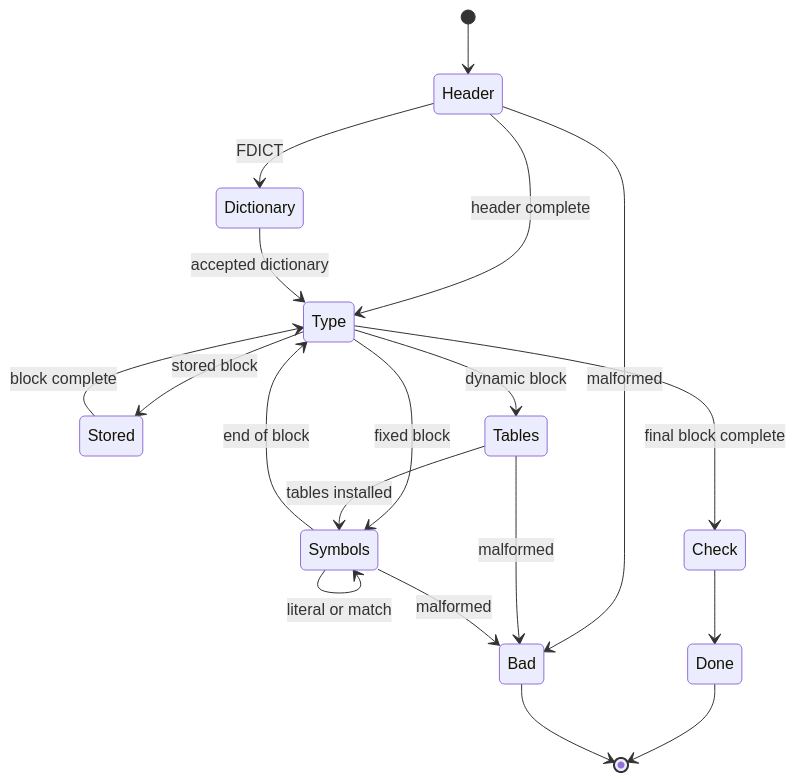
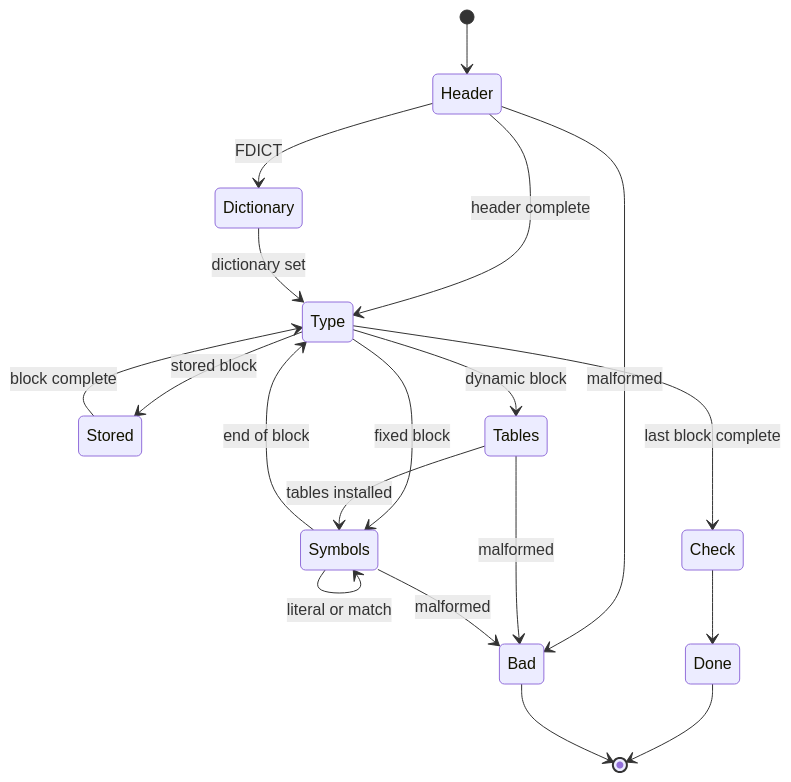
One commit to cla7aye15I4nd/oss-proof changed the first of 2 diagrams in docs/proof/inflate.md. Above: the diagram before and after it, drawn with Mermaid. The commit also changed other lines of this file and 7 other files, not shown here.

````diff
--- a/docs/proof/inflate.md
+++ b/docs/proof/inflate.md
@@ -146,21 +124,21 @@
 ```mermaid
 stateDiagram-v2
     [*] --> Header
     Header --> Dictionary: FDICT
     Header --> Type: header complete
-    Dictionary --> Type: accepted dictionary
+    Dictionary --> Type: dictionary set
     Type --> Stored: stored block
     Type --> Tables: dynamic block
     Type --> Symbols: fixed block
     Tables --> Symbols: tables installed
     Stored --> Type: block complete
     Symbols --> Symbols: literal or match
     Symbols --> Type: end of block
-    Type --> Check: final block complete
+    Type --> Check: last block complete
     Check --> Done
     Header --> Bad: malformed
     Tables --> Bad: malformed
     Symbols --> Bad: malformed
     Done --> [*]
     Bad --> [*]
 ```
````
